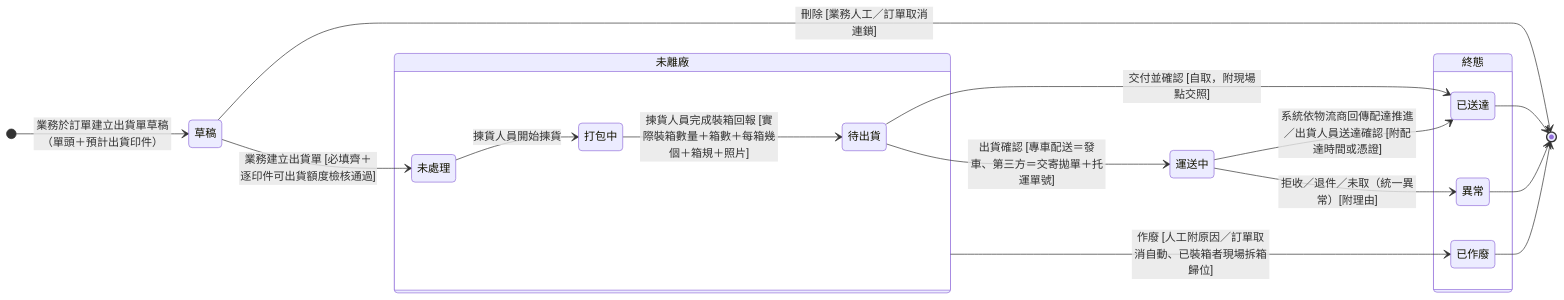
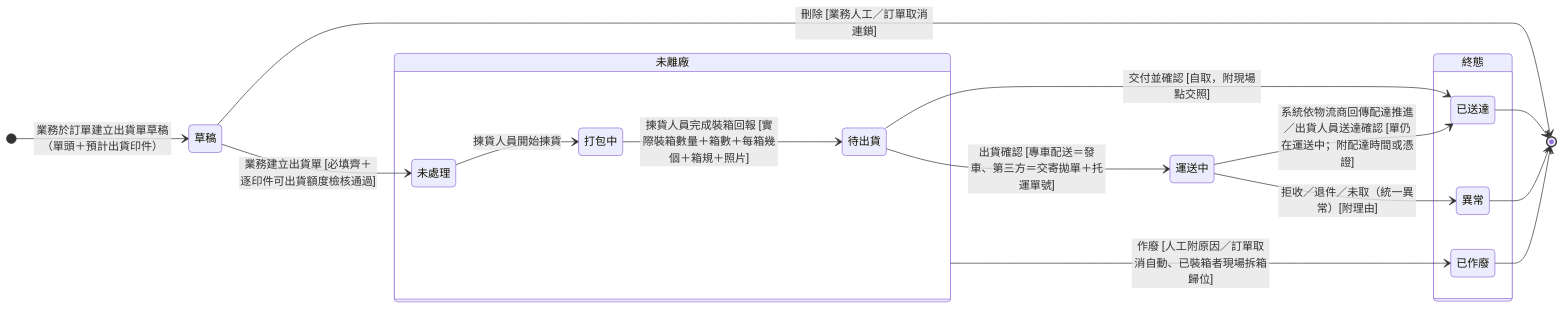
Before and after one commit to Kawato-Miles/erp-spec: the diagram in memory/Sens_wiki/wiki/erp/06-state-machines/出貨單狀態.md, drawn with Mermaid. The commit also changed other lines of this file and 22 other files, not shown here.

````diff
--- a/memory/Sens_wiki/wiki/erp/06-state-machines/出貨單狀態.md
+++ b/memory/Sens_wiki/wiki/erp/06-state-machines/出貨單狀態.md
@@ -42,38 +42,38 @@
 ```mermaid
 stateDiagram-v2
     direction LR
 
     state "草稿" as s_draft
 
     [*] --> s_draft : 業務於訂單建立出貨單草稿（單頭＋預計出貨印件）
 
     state "未離廠" as OnSite {
         direction LR
         state "未處理" as s_pending
         state "打包中" as s_packing
         state "待出貨" as s_packed
         s_pending --> s_packing : 揀貨人員開始揀貨
         s_packing --> s_packed : 揀貨人員完成裝箱回報 [實際裝箱數量＋箱數＋每箱幾個＋箱規＋照片]
     }
 
     state "運送中" as s_shipping
 
     state "終態" as Final {
         direction LR
         state "已送達" as s_arrived
         state "異常" as s_failed
         state "已作廢" as s_void
     }
 
     s_draft --> s_pending : 業務建立出貨單 [必填齊＋逐印件可出貨額度檢核通過]
     s_draft --> [*] : 刪除 [業務人工／訂單取消連鎖]
     s_packed --> s_shipping : 出貨確認 [專車配送＝發車、第三方＝交寄拋單＋托運單號]
     s_packed --> s_arrived : 交付並確認 [自取，附現場點交照]
-    s_shipping --> s_arrived : 系統依物流商回傳配達推進／出貨人員送達確認 [附配達時間或憑證]
+    s_shipping --> s_arrived : 系統依物流商回傳配達推進／出貨人員送達確認 [單仍在運送中；附配達時間或憑證]
     s_shipping --> s_failed : 拒收／退件／未取（統一異常）[附理由]
     OnSite --> s_void : 作廢 [人工附原因／訂單取消自動、已裝箱者現場拆箱歸位]
 
     s_arrived --> [*]
     s_failed --> [*]
     s_void --> [*]
 ```
````
